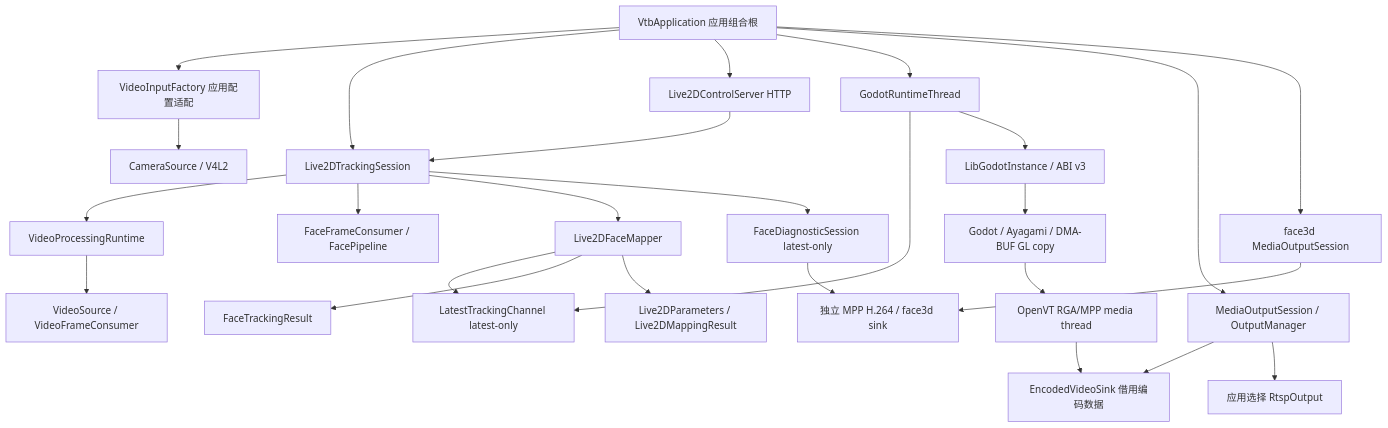
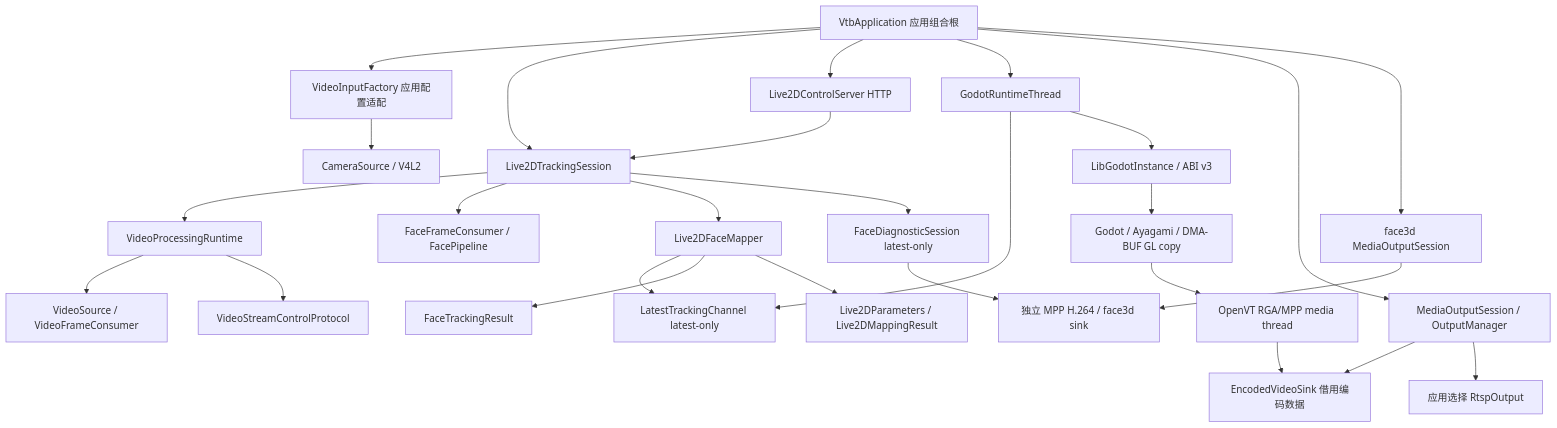
The diagram in docs/module-boundaries.md (ytnxneydhsx/VTB), drawn with Mermaid before and after one commit. The commit also changed other lines of this file and 18 other files, not shown here.

Commit message:
refactor: add video stream control protocol

````diff
--- a/docs/module-boundaries.md
+++ b/docs/module-boundaries.md
@@ -17,28 +17,29 @@
 ```mermaid
 flowchart TB
     App[VtbApplication 应用组合根] --> Factory[VideoInputFactory 应用配置适配]
     Factory --> Capture[CameraSource / V4L2]
     App --> Session[Live2DTrackingSession]
     App --> Control[Live2DControlServer HTTP]
     Control --> Session
     Session --> Runtime[VideoProcessingRuntime]
     Runtime --> Video[VideoSource / VideoFrameConsumer]
+    Runtime --> StreamProtocol[VideoStreamControlProtocol]
     Session --> Face[FaceFrameConsumer / FacePipeline]
     Session --> Mapper[Live2DFaceMapper]
     Mapper --> TrackingChannel[LatestTrackingChannel latest-only]
     Mapper --> FaceData[FaceTrackingResult]
     Session --> Diagnostic[FaceDiagnosticSession latest-only]
     Diagnostic --> DiagnosticSink[独立 MPP H.264 / face3d sink]
     Mapper --> Values[Live2DParameters / Live2DMappingResult]
     App --> GodotThread[GodotRuntimeThread]
     GodotThread --> TrackingChannel
     GodotThread --> Godot[LibGodotInstance / ABI v3]
     Godot --> Render[Godot / Ayagami / DMA-BUF GL copy]
     Render --> Media[OpenVT RGA/MPP media thread]
     Media --> Sink[EncodedVideoSink 借用编码数据]
     App --> Output[MediaOutputSession / OutputManager]
     Output --> Sink
     App --> DiagnosticOutput[face3d MediaOutputSession]
     DiagnosticOutput --> DiagnosticSink
     Output --> Protocol[应用选择 RtspOutput]
 ```
````
